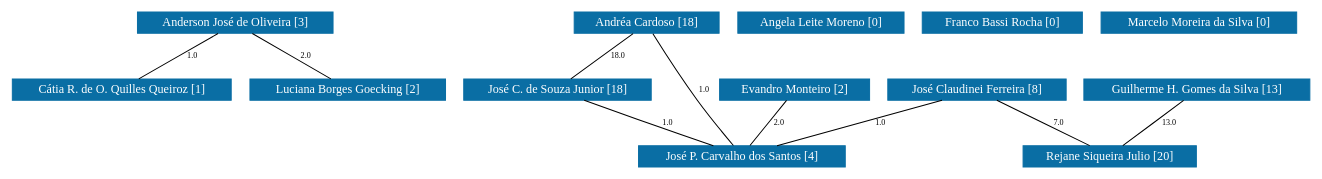
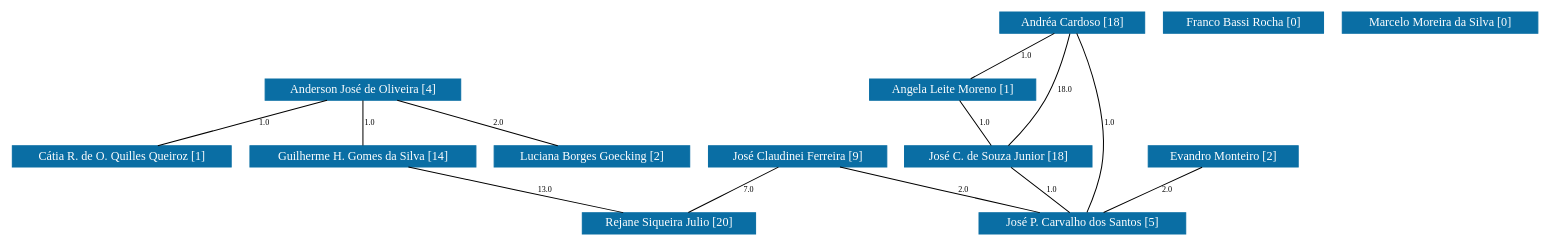
One commit to icamps/unifal-lattes.github.io changed the diagram in dm/grafoDeColaboracoesComPesos.dot. Above: the diagram before and after it, drawn with Graphviz. The commit also changed 833 other files, not shown here.

```diff
--- a/dm/grafoDeColaboracoesComPesos.dot
+++ b/dm/grafoDeColaboracoesComPesos.dot
@@ -1,138 +1,150 @@
 strict graph grafo2 {
-	graph [bb="0,0,1072,153",
+	graph [bb="0,0,1251.5,219",
 		id=grafo2,
 		overlap=False
 	];
 	node [fontsize=12,
 		label="\N",
 		shape=rectangle,
 		style=filled
 	];
 	0	 [URL="membro-1349156075777095.html",
 		color="#0A6EA4",
 		fontcolor="#FFFFFF",
 		height=0.29167,
-		label="Anderson José de Oliveira [3]",
-		pos="183.5,142.5",
+		label="Anderson José de Oliveira [4]",
+		pos="288.5,142.5",
 		width=2.1944];
 	3	 [URL="membro-0061488493893247.html",
 		color="#0A6EA4",
 		fontcolor="#FFFFFF",
 		height=0.29167,
 		label="Cátia R. de O. Quilles Queiroz [1]",
 		pos="89.5,76.5",
 		width=2.4861];
 	0 -- 3	 [fontsize=8,
 		label=1.0,
-		lp="147.5,109.5",
-		pos="168.4,131.9 150.86,119.58 122.09,99.383 104.57,87.078"];
+		lp="206.5,109.5",
+		pos="256.53,131.9 219.39,119.58 158.5,99.383 121.39,87.078"];
+	6	 [URL="membro-5817829882396943.html",
+		color="#0A6EA4",
+		fontcolor="#FFFFFF",
+		height=0.29167,
+		label="Guilherme H. Gomes da Silva [14]",
+		pos="288.5,76.5",
+		width=2.5417];
+	0 -- 6	 [fontsize=8,
+		label=1.0,
+		lp="293.5,109.5",
+		pos="288.5,131.9 288.5,119.65 288.5,99.622 288.5,87.297"];
 	10	 [URL="membro-4139948635593421.html",
 		color="#0A6EA4",
 		fontcolor="#FFFFFF",
 		height=0.29167,
 		label="Luciana Borges Goecking [2]",
-		pos="276.5,76.5",
+		pos="477.5,76.5",
 		width=2.1944];
 	0 -- 10	 [fontsize=8,
 		label=2.0,
-		lp="241.5,109.5",
-		pos="198.44,131.9 215.8,119.58 244.26,99.383 261.6,87.078"];
+		lp="399.5,109.5",
+		pos="318.87,131.9 354.14,119.58 411.97,99.383 447.21,87.078"];
+	12	 [URL="membro-1798884495942862.html",
+		color="#0A6EA4",
+		fontcolor="#FFFFFF",
+		height=0.29167,
+		label="Rejane Siqueira Julio [20]",
+		pos="539.5,10.5",
+		width=1.9306];
+	6 -- 12	 [fontsize=8,
+		label=13.0,
+		lp="436.5,43.5",
+		pos="328.55,65.969 375.33,53.668 452.28,33.434 499.18,21.103"];
 	1	 [URL="membro-6016565950437007.html",
 		color="#0A6EA4",
 		fontcolor="#FFFFFF",
 		height=0.29167,
 		label="Andréa Cardoso [18]",
-		pos="526.5,142.5",
+		pos="874.5,208.5",
 		width=1.625];
+	2	 [URL="membro-5106302431642025.html",
+		color="#0A6EA4",
+		fontcolor="#FFFFFF",
+		height=0.29167,
+		label="Angela Leite Moreno [1]",
+		pos="770.5,142.5",
+		width=1.875];
+	1 -- 2	 [fontsize=8,
+		label=1.0,
+		lp="833.5,175.5",
+		pos="857.79,197.9 838.38,185.58 806.56,165.38 787.17,153.08"];
 	7	 [URL="membro-1690570104837528.html",
 		color="#0A6EA4",
 		fontcolor="#FFFFFF",
 		height=0.29167,
 		label="José C. de Souza Junior [18]",
-		pos="449.5,76.5",
+		pos="812.5,76.5",
 		width=2.1111];
 	1 -- 7	 [fontsize=8,
 		label=18.0,
-		lp="500.5,109.5",
-		pos="514.13,131.9 499.76,119.58 476.2,99.383 461.84,87.078"];
+		lp="862.5,142.5",
+		pos="871.55,197.81 867.21,182.73 858.43,154.56 847.5,132 839.56,115.6 827.87,98.017 820.22,87.14"];
 	9	 [URL="membro-9393213180145144.html",
 		color="#0A6EA4",
 		fontcolor="#FFFFFF",
 		height=0.29167,
-		label="José P. Carvalho dos Santos [4]",
-		pos="605.5,10.5",
+		label="José P. Carvalho dos Santos [5]",
+		pos="884.5,10.5",
 		width=2.3056];
 	1 -- 9	 [fontsize=8,
 		label=1.0,
-		lp="575.5,76.5",
-		pos="532.63,131.52 541,116.59 556.58,89.097 570.5,66 580.02,50.194 591.51,32.167 598.66,21.06"];
+		lp="902.5,109.5",
+		pos="878.26,197.82 886.15,174.17 903.22,115.54 897.5,66 895.66,50.074 890.94,32.079 887.73,21.012"];
+	2 -- 7	 [fontsize=8,
+		label=1.0,
+		lp="798.5,109.5",
+		pos="777.25,131.9 785.04,119.65 797.79,99.622 805.63,87.297"];
 	7 -- 9	 [fontsize=8,
 		label=1.0,
-		lp="542.5,43.5",
-		pos="474.14,65.954 491.77,58.418 516.08,48.051 537.5,39 551.65,33.02 567.47,26.384 580.3,21.021"];
-	2	 [URL="membro-5106302431642025.html",
-		color="#0A6EA4",
-		fontcolor="#FFFFFF",
-		height=0.29167,
-		label="Angela Leite Moreno [0]",
-		pos="670.5,142.5",
-		width=1.875];
+		lp="857.5,43.5",
+		pos="824.07,65.896 837.42,53.653 859.28,33.622 872.72,21.297"];
 	4	 [URL="membro-3089568911577519.html",
 		color="#0A6EA4",
 		fontcolor="#FFFFFF",
 		height=0.29167,
 		label="Evandro Monteiro [2]",
-		pos="649.5,76.5",
+		pos="1004.5,76.5",
 		width=1.6667];
 	4 -- 9	 [fontsize=8,
 		label=2.0,
-		lp="635.5,43.5",
-		pos="642.43,65.896 634.27,53.653 620.91,33.622 612.7,21.297"];
+		lp="956.5,43.5",
+		pos="985.22,65.896 962.83,53.58 926.11,33.383 903.73,21.078"];
 	5	 [URL="membro-0165435409542220.html",
 		color="#0A6EA4",
 		fontcolor="#FFFFFF",
 		height=0.29167,
 		label="Franco Bassi Rocha [0]",
-		pos="820.5,142.5",
+		pos="1015.5,208.5",
 		width=1.7778];
-	6	 [URL="membro-5817829882396943.html",
-		color="#0A6EA4",
-		fontcolor="#FFFFFF",
-		height=0.29167,
-		label="Guilherme H. Gomes da Silva [13]",
-		pos="980.5,76.5",
-		width=2.5417];
-	12	 [URL="membro-1798884495942862.html",
-		color="#0A6EA4",
-		fontcolor="#FFFFFF",
-		height=0.29167,
-		label="Rejane Siqueira Julio [20]",
-		pos="908.5,10.5",
-		width=1.9306];
-	6 -- 12	 [fontsize=8,
-		label=13.0,
-		lp="956.5,43.5",
-		pos="968.93,65.896 955.58,53.653 933.72,33.622 920.28,21.297"];
 	8	 [URL="membro-6808752952332925.html",
 		color="#0A6EA4",
 		fontcolor="#FFFFFF",
 		height=0.29167,
-		label="José Claudinei Ferreira [8]",
-		pos="799.5,76.5",
+		label="José Claudinei Ferreira [9]",
+		pos="646.5,76.5",
 		width=1.9861];
-	8 -- 9	 [fontsize=8,
-		label=1.0,
-		lp="719.5,43.5",
-		pos="768.33,65.896 732.13,53.58 672.76,33.383 636.59,21.078"];
 	8 -- 12	 [fontsize=8,
 		label=7.0,
-		lp="866.5,43.5",
-		pos="817.01,65.896 837.35,53.58 870.71,33.383 891.03,21.078"];
+		lp="604.5,43.5",
+		pos="629.31,65.896 609.34,53.58 576.6,33.383 556.65,21.078"];
+	8 -- 9	 [fontsize=8,
+		label=2.0,
+		lp="784.5,43.5",
+		pos="684.47,65.969 728.83,53.668 801.8,33.434 846.27,21.103"];
 	11	 [URL="membro-6715092420026095.html",
 		color="#0A6EA4",
 		fontcolor="#FFFFFF",
 		height=0.29167,
 		label="Marcelo Moreira da Silva [0]",
-		pos="979.5,142.5",
+		pos="1174.5,208.5",
 		width=2.1389];
 }
```
